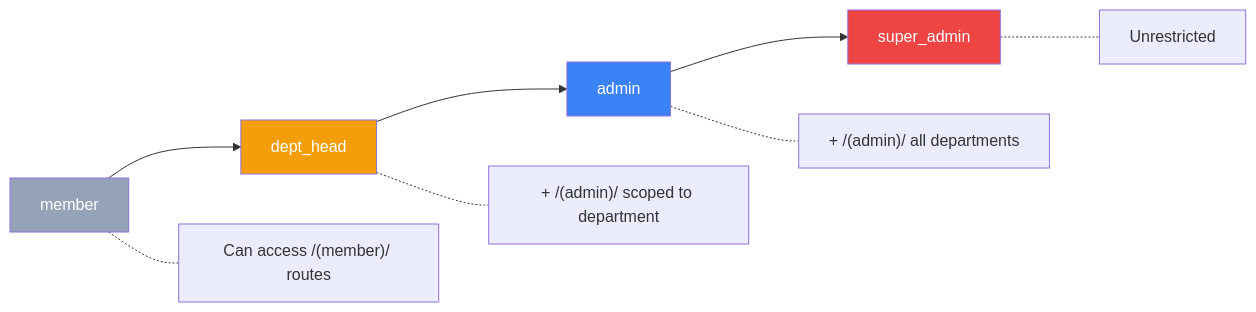
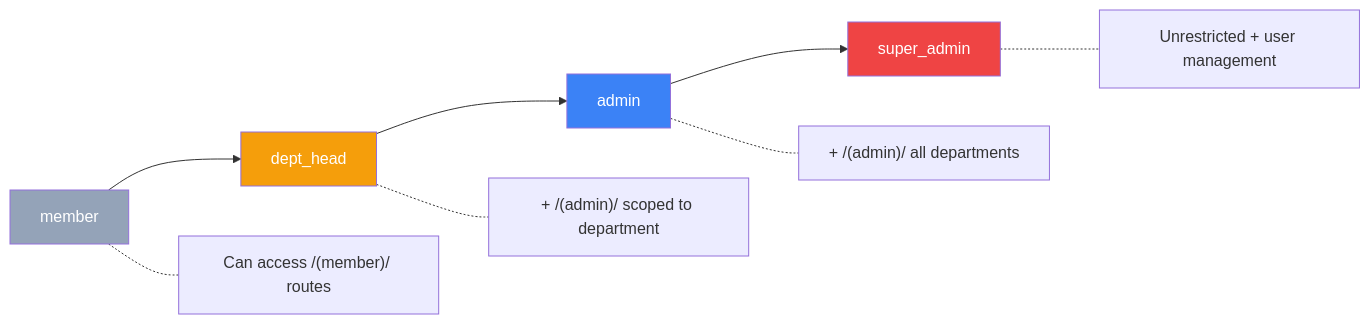
One commit to Felege-Yordanos-Tech-Team/felege-yordanos-app changed the third of 3 diagrams in docs/architecture.md. Above: the diagram before and after it, drawn with Mermaid. The commit also changed other lines of this file and 5 other files, not shown here.

````diff
--- a/docs/architecture.md
+++ b/docs/architecture.md
@@ -45,16 +80,16 @@
 ```mermaid
 graph LR
     M["member"] --> DH["dept_head"]
     DH --> A["admin"]
     A --> SA["super_admin"]
 
     M -.- MS["Can access /(member)/ routes"]
     DH -.- DS["+ /(admin)/ scoped to department"]
     A -.- AS["+ /(admin)/ all departments"]
-    SA -.- SS["Unrestricted"]
+    SA -.- SS["Unrestricted + user management"]
 
     style M fill:#94a3b8,color:#fff
     style DH fill:#f59e0b,color:#fff
     style A fill:#3b82f6,color:#fff
     style SA fill:#ef4444,color:#fff
 ```
````
